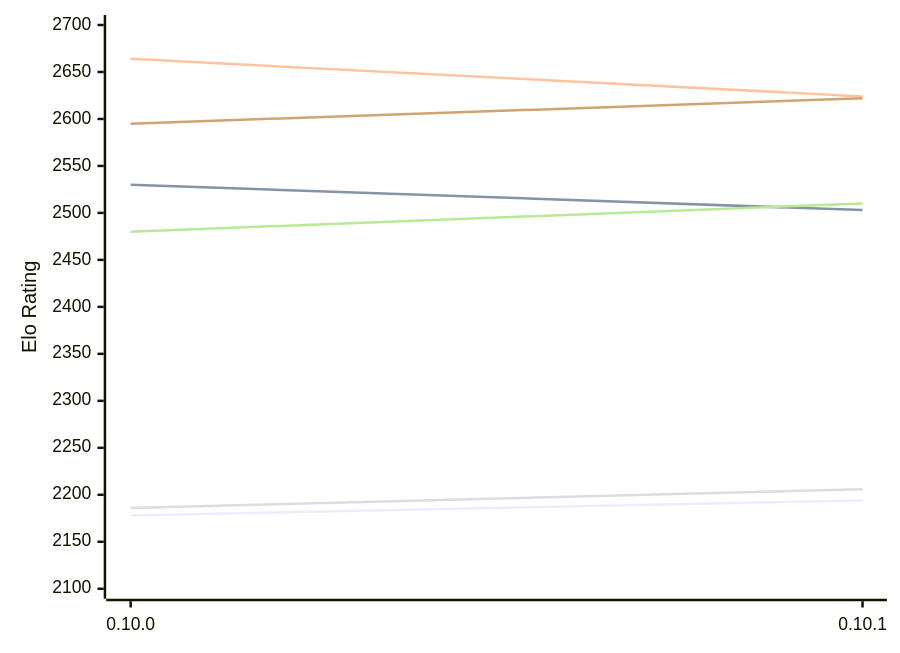
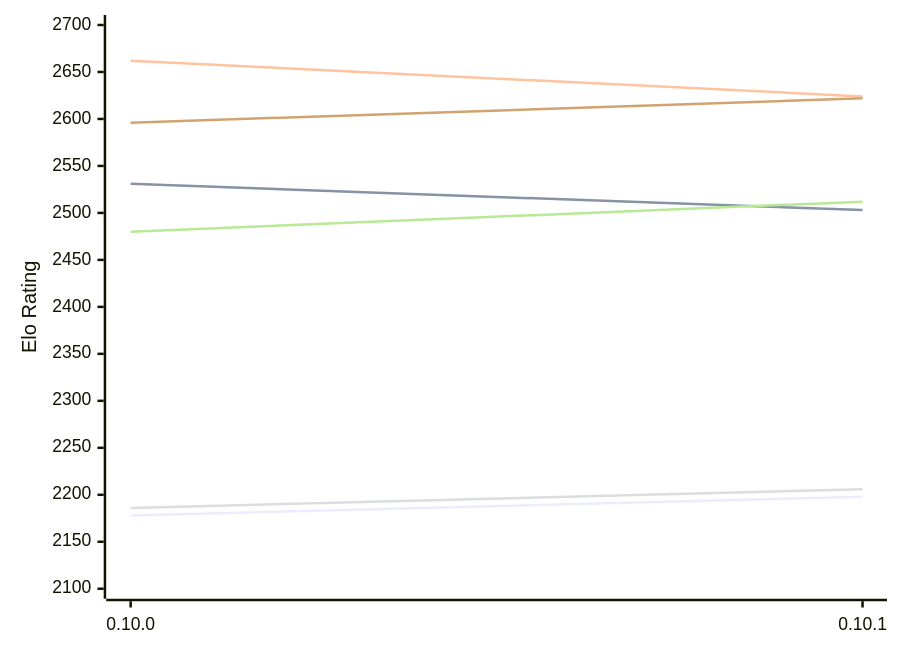
The first of 2 diagrams in engines/Fatalii.md (computer-chess-index/cci), drawn with Mermaid before and after one commit. The commit also changed other lines of this file, not shown here.

Commit message:
Update CCI Ratings (ELO VLTC) - 2026-11-27

````diff
--- a/engines/Fatalii.md
+++ b/engines/Fatalii.md
@@ -50,12 +50,12 @@
 ```mermaid
 %%{init: {"theme":"base","themeVariables":{"seriesColors:['#a3a3a3','#222221','#faa371']}}}%%
 xychart-beta
   x-axis ["0.10.0", "0.10.1"]
   y-axis "Elo Rating" 2100 --> 2700
-  line "E1: STC (8.0+0.08s)" [2178, 2194]
-  line "E1: LTC (60.0+0.60s)" [2530, 2503]
-  line "E1: VLTC (2m24s+1.12s)" [2664, 2624]
+  line "E1: STC (8.0+0.08s)" [2178, 2198]
+  line "E1: LTC (60.0+0.60s)" [2531, 2503]
+  line "E1: VLTC (2m24s+1.12s)" [2662, 2624]
   line "P1: STC (8.0+0.08s)" [2186, 2206]
-  line "P1: LTC (60.0+0.60s)" [2480, 2510]
-  line "P1: VLTC (2m24s+1.12s)" [2595, 2622]
+  line "P1: LTC (60.0+0.60s)" [2480, 2512]
+  line "P1: VLTC (2m24s+1.12s)" [2596, 2622]
 ```
````
